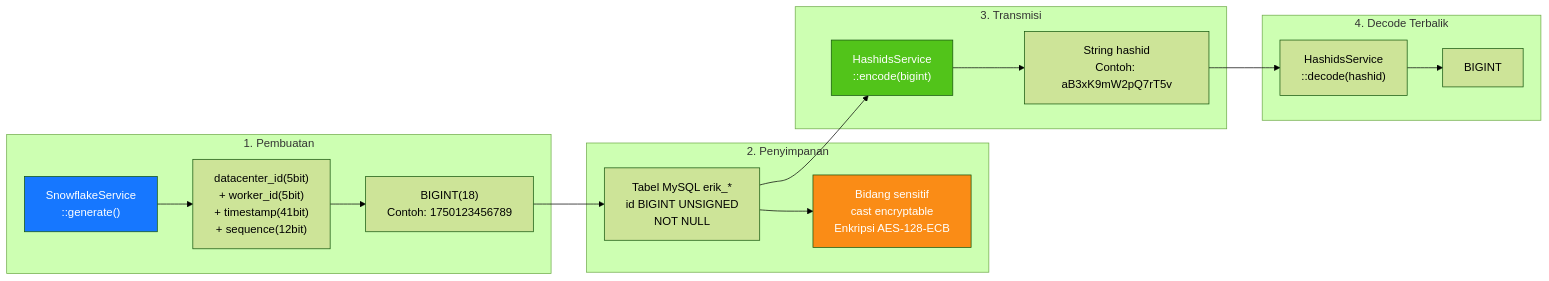
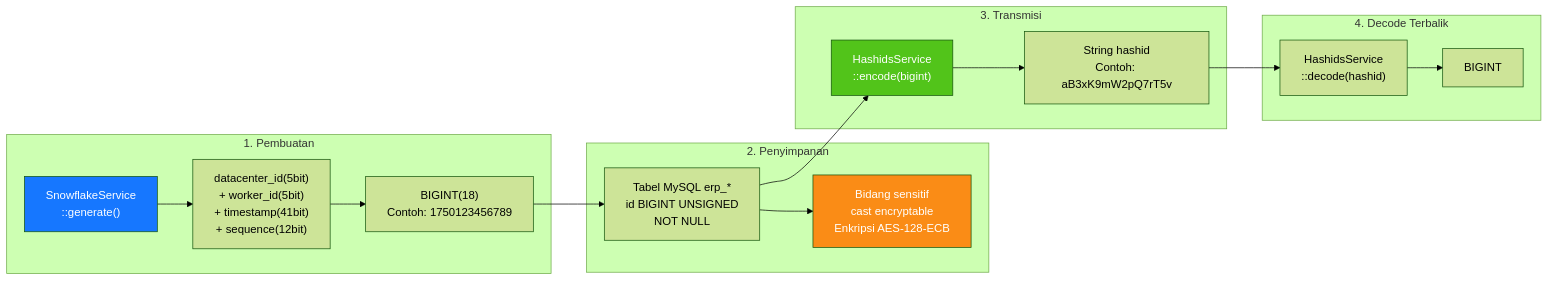
The seventh of 20 diagrams in docs/i18n/id/ARCHITECTURE.md (erikwang2013/erp-php), drawn with Mermaid (forest theme) before and after one commit. The commit also changed other lines of this file and 449 other files, not shown here.

First line of the commit message:
全局命名统一：数据库 erp、表前缀 erp_、Redis 前缀 erp:（原 erik_/open_admin）

````diff
--- a/docs/i18n/id/ARCHITECTURE.md
+++ b/docs/i18n/id/ARCHITECTURE.md
@@ -373,33 +373,33 @@
 ```mermaid
 flowchart LR
     subgraph "1. Pembuatan"
         G1["SnowflakeService<br/>::generate()"]
         G2["datacenter_id(5bit)<br/>+ worker_id(5bit)<br/>+ timestamp(41bit)<br/>+ sequence(12bit)"]
         G3["BIGINT(18)<br/>Contoh: 1750123456789"]
         G1 --> G2 --> G3
     end
 
     subgraph "2. Penyimpanan"
-        S1["Tabel MySQL erik_*<br/>id BIGINT UNSIGNED<br/>NOT NULL"]
+        S1["Tabel MySQL erp_*<br/>id BIGINT UNSIGNED<br/>NOT NULL"]
         S2["Bidang sensitif<br/>cast encryptable<br/>Enkripsi AES-128-ECB"]
         G3 --> S1
         S1 --> S2
     end
 
     subgraph "3. Transmisi"
         T1["HashidsService<br/>::encode(bigint)"]
         T2["String hashid<br/>Contoh: aB3xK9mW2pQ7rT5v"]
         S1 --> T1
         T1 --> T2
     end
 
     subgraph "4. Decode Terbalik"
         R1["HashidsService<br/>::decode(hashid)"]
         R2["BIGINT"]
         T2 --> R1 --> R2
     end
 
     style G1 fill:#1677FF,color:#fff
     style T1 fill:#52C41A,color:#fff
     style S2 fill:#FA8C16,color:#fff
 ```
````
